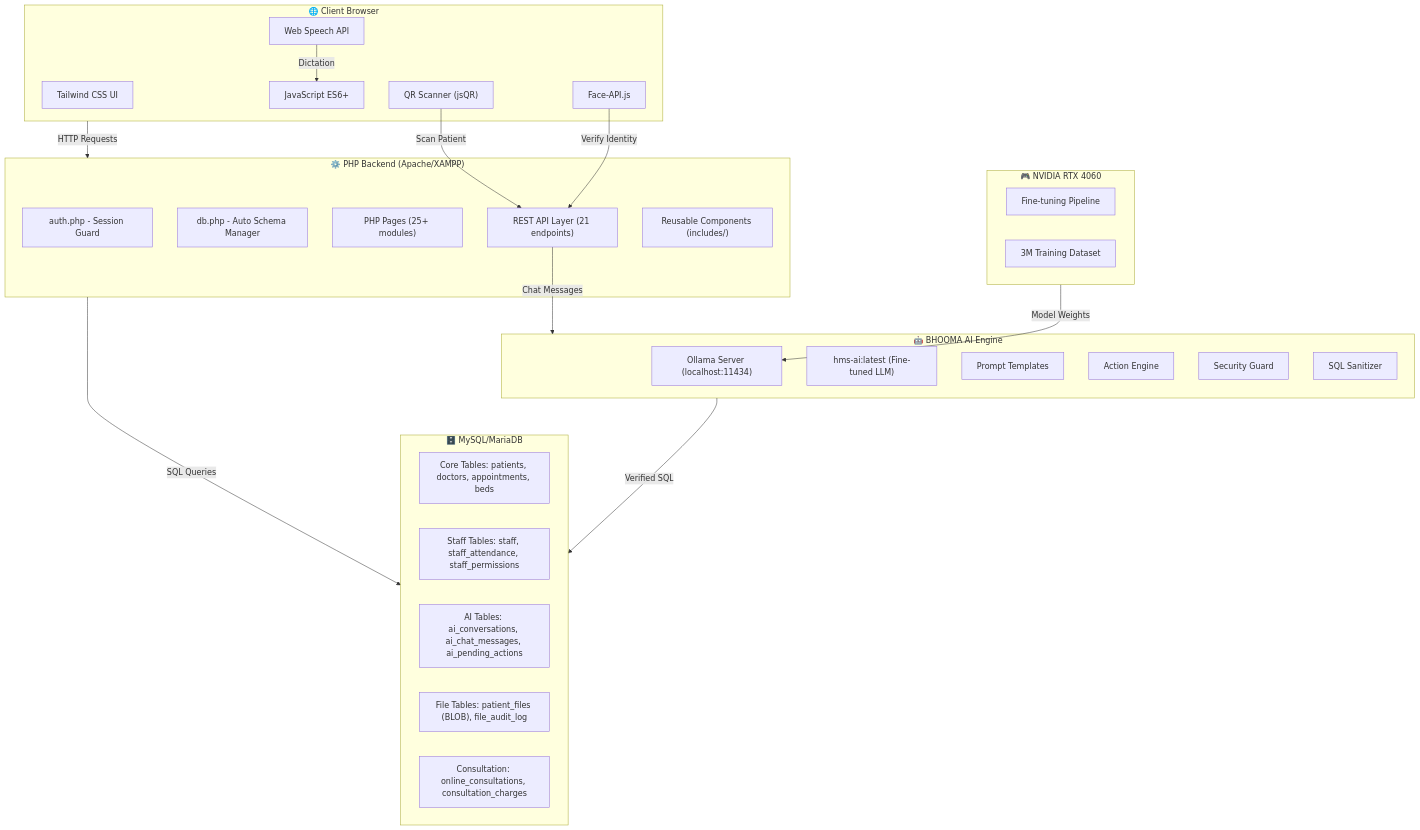
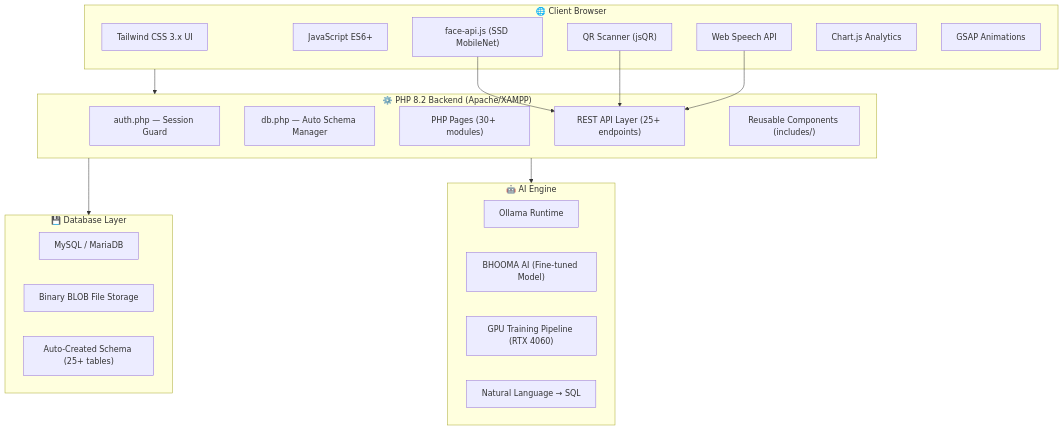
Before and after one commit to PoojanPatel7/hospital_management_system_Project: the first of 7 diagrams in README.md, drawn with Mermaid. The commit also changed other lines of this file and 33 other files, not shown here.

````diff
--- a/README.md
+++ b/README.md
@@ -83,49 +102,40 @@
 ```mermaid
 flowchart TB
     subgraph CLIENT["🌐 Client Browser"]
-        UI["Tailwind CSS UI"]
+        UI["Tailwind CSS 3.x UI"]
         JS["JavaScript ES6+"]
         QR["QR Scanner (jsQR)"]
-        FACE["Face-API.js"]
+        FACE["face-api.js (SSD MobileNet)"]
         VOICE["Web Speech API"]
+        CHARTS["Chart.js Analytics"]
+        GSAP["GSAP Animations"]
     end
 
-    subgraph SERVER["⚙️ PHP Backend (Apache/XAMPP)"]
-        AUTH["auth.php - Session Guard"]
-        DB["db.php - Auto Schema Manager"]
-        PAGES["PHP Pages (25+ modules)"]
-        API["REST API Layer (21 endpoints)"]
+    subgraph SERVER["⚙️ PHP 8.2 Backend (Apache/XAMPP)"]
+        AUTH["auth.php — Session Guard"]
+        DB["db.php — Auto Schema Manager"]
+        PAGES["PHP Pages (30+ modules)"]
+        API["REST API Layer (25+ endpoints)"]
         INCLUDES["Reusable Components (includes/)"]
     end
 
-    subgraph AI_ENGINE["🤖 BHOOMA AI Engine"]
-        OLLAMA["Ollama Server (localhost:11434)"]
-        MODEL["hms-ai:latest (Fine-tuned LLM)"]
-        PROMPT["Prompt Templates"]
-        ACTION["Action Engine"]
-        SECURITY["Security Guard"]
-        SANITIZER["SQL Sanitizer"]
+    subgraph DATA["💾 Database Layer"]
+        MYSQL["MySQL / MariaDB"]
+        BLOB["Binary BLOB File Storage"]
+        SCHEMA["Auto-Created Schema (25+ tables)"]
     end
 
-    subgraph DATABASE["🗄️ MySQL/MariaDB"]
-        CORE["Core Tables: patients, doctors, appointments, beds"]
-        STAFF_T["Staff Tables: staff, staff_attendance, staff_permissions"]
-        AI_T["AI Tables: ai_conversations, ai_chat_messages, ai_pending_actions"]
-        FILES_T["File Tables: patient_files (BLOB), file_audit_log"]
-        CONSULT["Consultation: online_consultations, consultation_charges"]
+    subgraph AI["🤖 AI Engine"]
+        OLLAMA["Ollama Runtime"]
+        LLM["BHOOMA AI (Fine-tuned Model)"]
+        TRAIN["GPU Training Pipeline (RTX 4060)"]
+        NLP["Natural Language → SQL"]
     end
 
-    subgraph GPU["🎮 NVIDIA RTX 4060"]
-        TRAIN["Fine-tuning Pipeline"]
-        DATASET["3M Training Dataset"]
-    end
-
-    CLIENT -->|HTTP Requests| SERVER
-    SERVER -->|SQL Queries| DATABASE
-    API -->|Chat Messages| AI_ENGINE
-    AI_ENGINE -->|Verified SQL| DATABASE
-    GPU -->|Model Weights| OLLAMA
-    QR -->|Scan Patient| API
-    FACE -->|Verify Identity| API
-    VOICE -->|Dictation| JS
+    CLIENT --> SERVER
+    SERVER --> DATA
+    SERVER --> AI
+    FACE --> API
+    QR --> API
+    VOICE --> API
 ```
````
